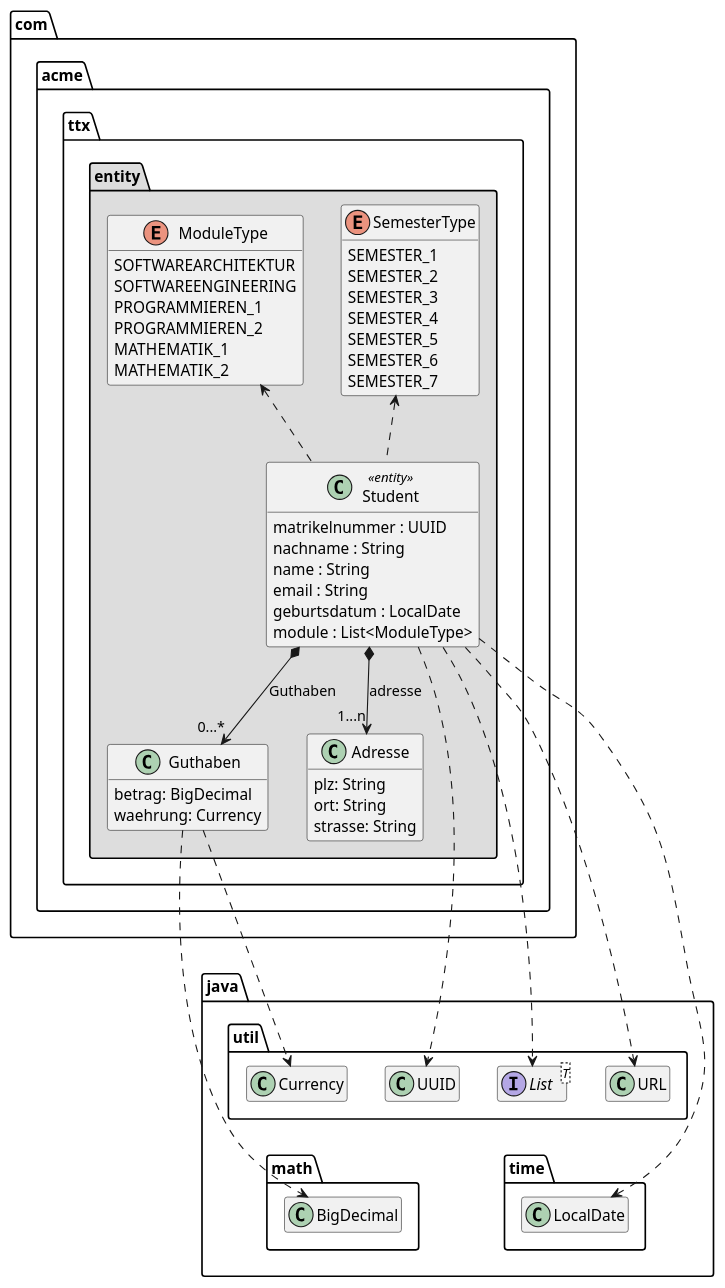
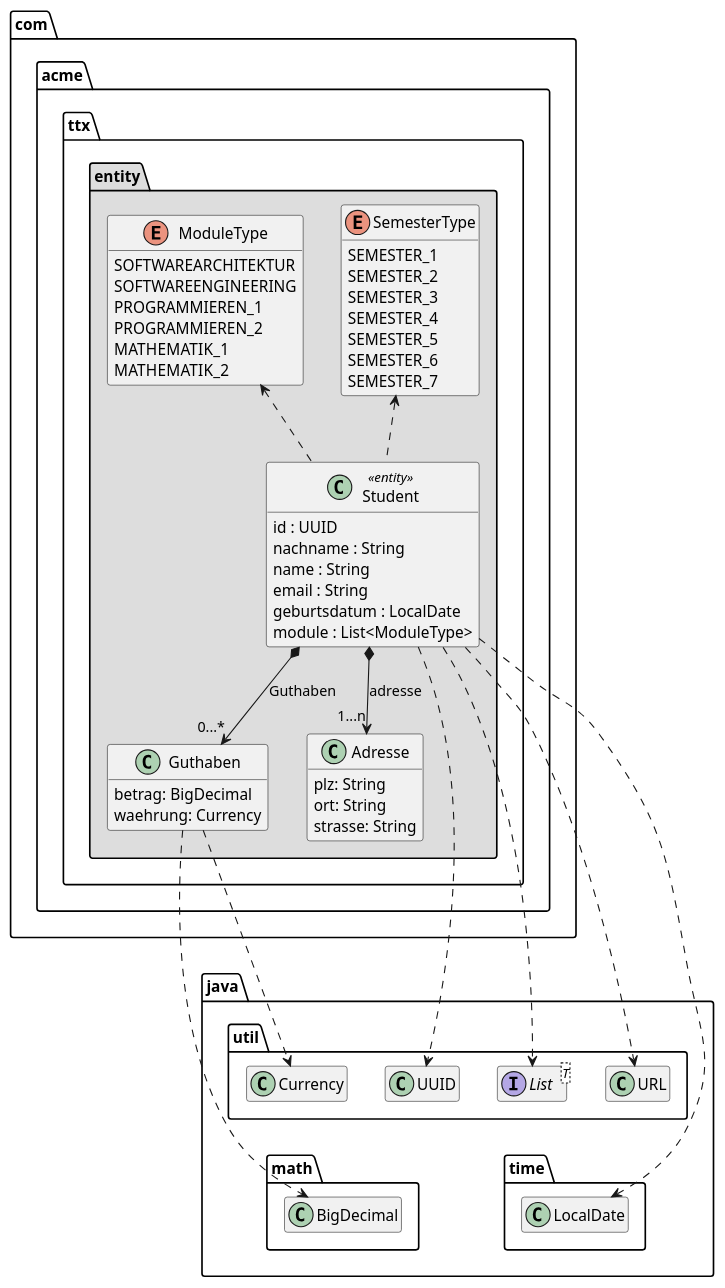
Before and after one commit to thanhxt/StudentServer: the diagram in extras/doc/Student.puml, drawn with PlantUML. The commit also changed 9 other files, not shown here.

Commit message:
plantuml diagramms updated

```diff
--- a/extras/doc/Student.puml
+++ b/extras/doc/Student.puml
@@ -1,79 +1,79 @@
 @startuml Student
 
 skinparam classAttributeIconSize 0
 package java {
     package util {
         class UUID
         interface List<T>
         class URL
         class Currency
     }
 
     package math {
         class BigDecimal
     }
 
     package time {
         class LocalDate
     }
 
     BigDecimal .up[hidden].> UUID
     UUID .[hidden].> LocalDate
 }
 
 package com.acme.ttx.entity #DDDDDD {
     class Guthaben {
         betrag: BigDecimal
         waehrung: Currency
     }
 
     class Adresse {
         plz: String
         ort: String
         strasse: String
     }
 
     enum ModuleType {
         SOFTWAREARCHITEKTUR
         SOFTWAREENGINEERING
         PROGRAMMIEREN_1
         PROGRAMMIEREN_2
         MATHEMATIK_1
         MATHEMATIK_2
     }
 
     enum SemesterType {
         SEMESTER_1
         SEMESTER_2
         SEMESTER_3
         SEMESTER_4
         SEMESTER_5
         SEMESTER_6
         SEMESTER_7
     }
 
     class Student << entity >> {
-        matrikelnummer : UUID
+        id : UUID
         nachname : String
         name : String
         email : String
         geburtsdatum : LocalDate
         module : List<ModuleType>
     }
 
     Student *--> "0...*" Guthaben : Guthaben
     Student *--> "1...n" Adresse : adresse
     Student .up.> ModuleType
     Student .up.> SemesterType
 
     Student ..> UUID
     Student ..> LocalDate
     Student ..> List
     Student ..> URL
 
     Guthaben ..> Currency
     Guthaben ..> BigDecimal
 }
 
 hide empty members
 @enduml
```
